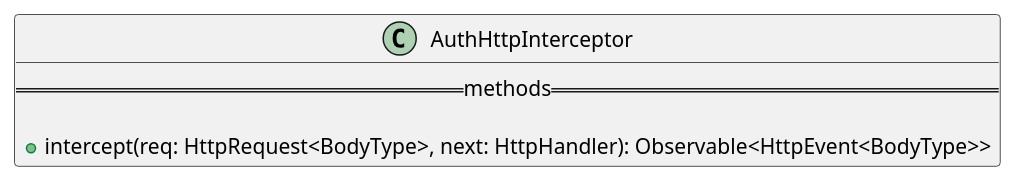
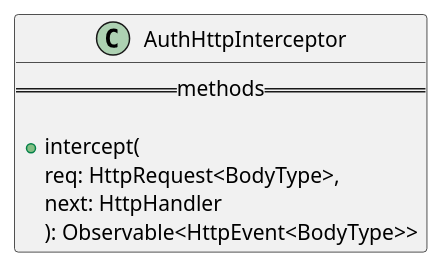
Before and after one commit to GruppOne/stalker-web-app: the diagram in docs/diagrams/services/auth-http-interceptorservice.pu, drawn with PlantUML. The commit also changed 12 other files, not shown here.

Commit message:
docs: add newlines to better rendering of diagrams

```diff
--- a/docs/diagrams/services/auth-http-interceptorservice.pu
+++ b/docs/diagrams/services/auth-http-interceptorservice.pu
@@ -1,8 +1,10 @@
 @startuml AuthHttpInterceptor
-
 class AuthHttpInterceptor {
   == methods ==
 
-  + intercept(req: HttpRequest<BodyType>, next: HttpHandler): Observable<HttpEvent<BodyType>>
+  + intercept(
+    req: HttpRequest<BodyType>,
+    next: HttpHandler
+    ): Observable<HttpEvent<BodyType>>
 }
 @enduml
```
